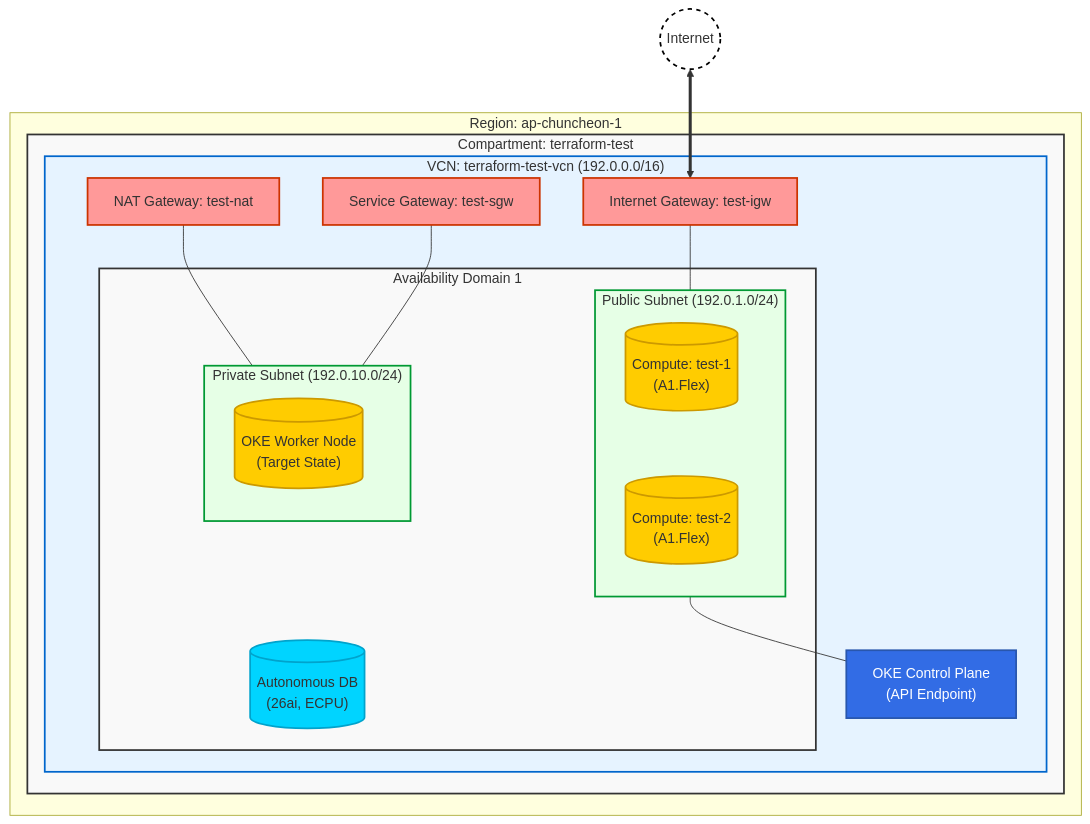
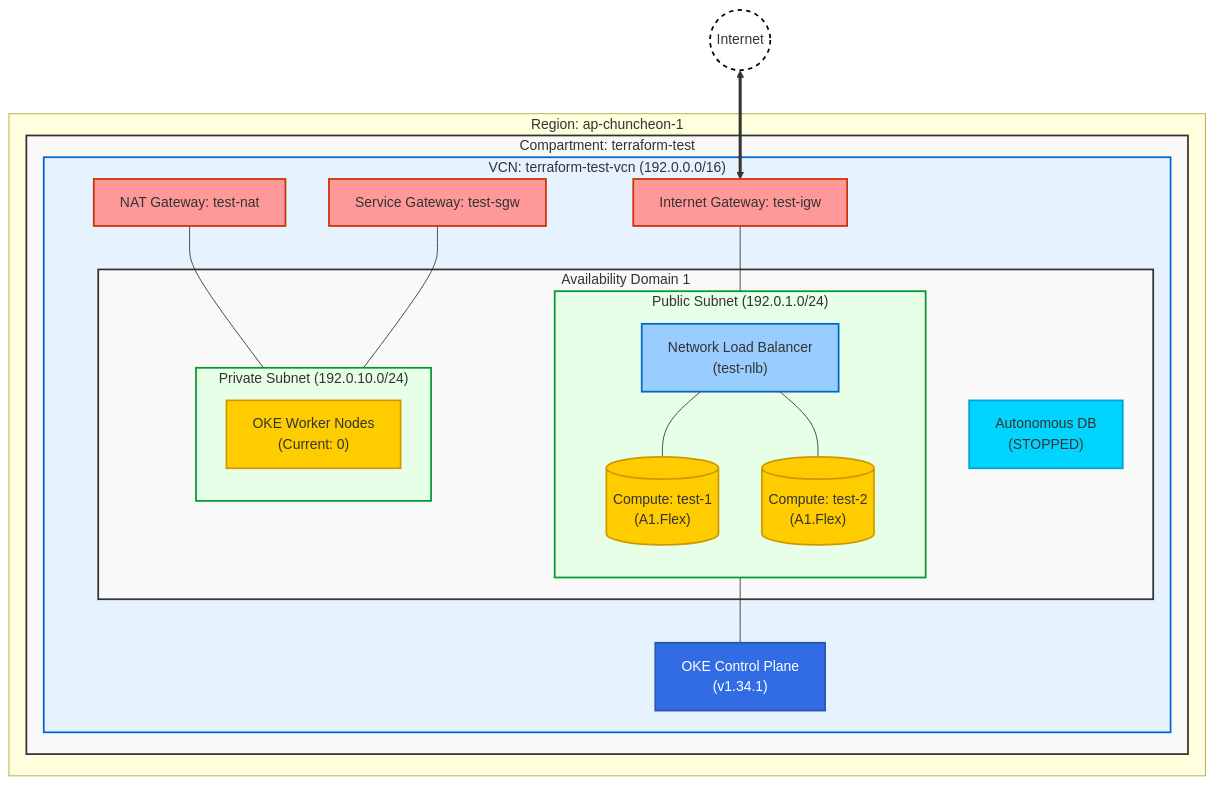
One commit to gruvboogi/terraform-test changed the diagram in ARCHITECTURE.md. Above: the diagram before and after it, drawn with Mermaid. The commit also changed other lines of this file and 1 other file, not shown here.

Commit message:
docs: Update architecture diagram and resource details for NLB

````diff
--- a/ARCHITECTURE.md
+++ b/ARCHITECTURE.md
@@ -7,64 +7,64 @@
 ```mermaid
 graph TD
     %% Define Styles
     classDef compartment fill:#f9f9f9,stroke:#333,stroke-width:2px;
     classDef vcn fill:#e6f3ff,stroke:#0066cc,stroke-width:2px;
     classDef subnet fill:#e6ffe6,stroke:#009933,stroke-width:2px;
     classDef compute fill:#ffcc00,stroke:#cc9900,stroke-width:2px;
     classDef db fill:#00d4ff,stroke:#00a3cc,stroke-width:2px;
     classDef gateway fill:#ff9999,stroke:#cc3300,stroke-width:2px;
     classDef internet fill:#ffffff,stroke:#000000,stroke-width:2px,stroke-dasharray: 5 5;
     classDef oke fill:#326ce5,stroke:#2856ad,stroke-width:2px,color:#fff;
+    classDef lb fill:#99ccff,stroke:#0066cc,stroke-width:2px;
 
     Internet((Internet)):::internet
 
     subgraph Region ["Region: ap-chuncheon-1"]
         subgraph Comp ["Compartment: terraform-test"]
             
             subgraph VCN ["VCN: terraform-test-vcn (192.0.0.0/16)"]
                 
                 IGW[Internet Gateway: test-igw]:::gateway
                 NAT[NAT Gateway: test-nat]:::gateway
                 SGW[Service Gateway: test-sgw]:::gateway
                 
                 subgraph AD1 ["Availability Domain 1"]
                     
                     subgraph PubSub ["Public Subnet (192.0.1.0/24)"]
                         direction TB
+                        NLB["Network Load Balancer<br/>(test-nlb)"]:::lb
                         Inst1[("Compute: test-1<br/>(A1.Flex)")]:::compute
                         Inst2[("Compute: test-2<br/>(A1.Flex)")]:::compute
                     end
 
                     subgraph PrivSub ["Private Subnet (192.0.10.0/24)"]
                         direction TB
-                        Node1[("OKE Worker Node<br/>(Target State)")]:::compute
+                        NodeEmpty["OKE Worker Nodes<br/>(Current: 0)"]:::compute
                     end
 
-                    ADB[("Autonomous DB<br/>(26ai, ECPU)")]:::db
+                    ADB_ST["Autonomous DB<br/>(STOPPED)"]:::db
                 end
                 
-                OKE_CP["OKE Control Plane<br/>(API Endpoint)"]:::oke
+                OKE_CP["OKE Control Plane<br/>(v1.34.1)"]:::oke
             end
         end
     end
 
     %% Network Flows
     Internet <==> IGW
-    IGW --- PubSub
+    IGW --- NLB
+    NLB --- Inst1
+    NLB --- Inst2
     NAT --- PrivSub
     SGW --- PrivSub
     
     %% Connections
-    PubSub --- Inst1
-    PubSub --- Inst2
-    PrivSub --- Node1
     PubSub --- OKE_CP
-    Comp --- ADB
 
     %% Styling
     class Comp compartment
     class VCN vcn
     class PubSub subnet
     class PrivSub subnet
     class AD1 compartment
 ```
````
